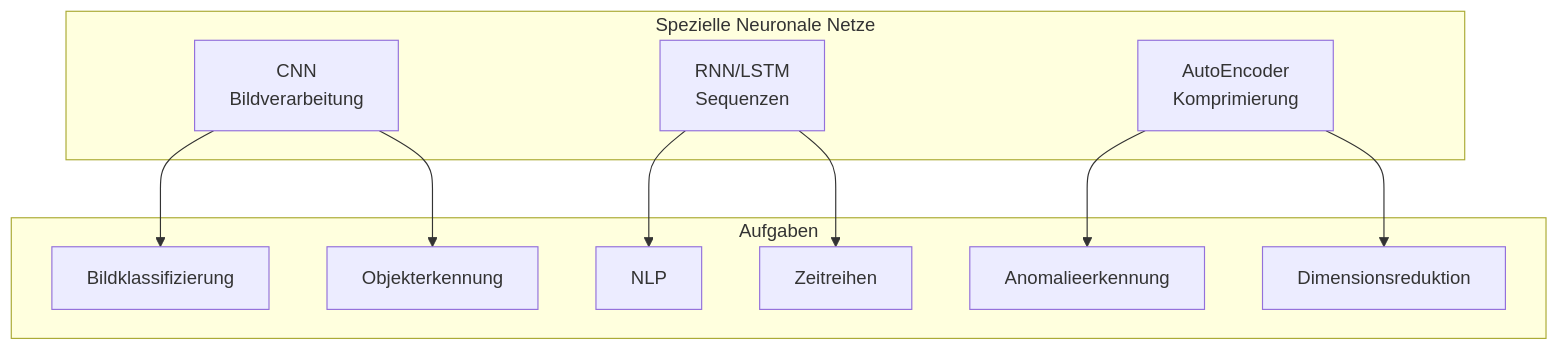
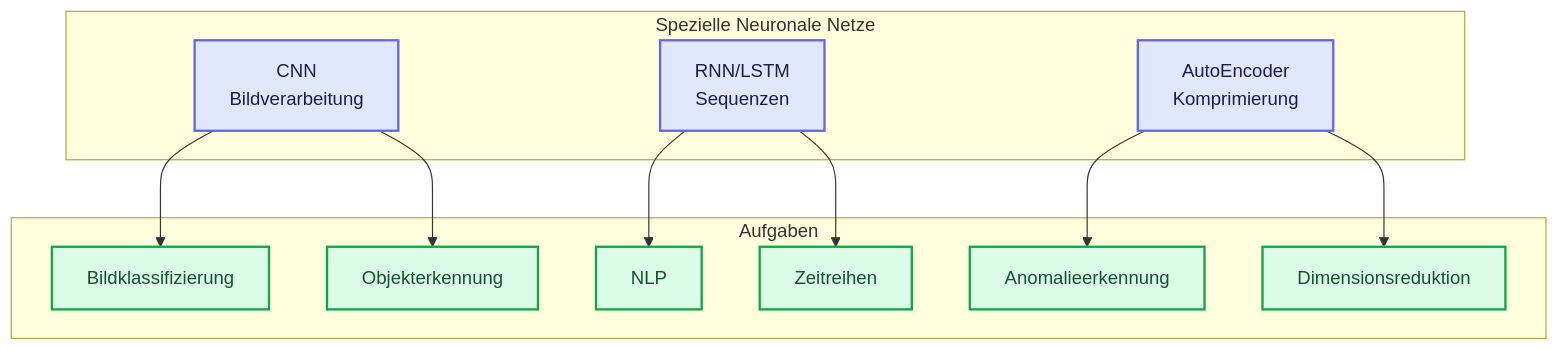
Before and after one commit to ralf-42/ML_Intro: diagram 12 of 12 in docs/concepts/modeling/spezielle-neuronale-netze.md, drawn with Mermaid. The commit also changed other lines of this file and 49 other files, not shown here.

````diff
--- a/docs/concepts/modeling/spezielle-neuronale-netze.md
+++ b/docs/concepts/modeling/spezielle-neuronale-netze.md
@@ -580,24 +642,31 @@
 ```mermaid
 flowchart TD
     subgraph SNN["Spezielle Neuronale Netze"]
         CNN["CNN<br/>Bildverarbeitung"]
         RNN["RNN/LSTM<br/>Sequenzen"]
         AE["AutoEncoder<br/>Komprimierung"]
     end
     
     subgraph Tasks["Aufgaben"]
         T1["Bildklassifizierung"]
         T2["Objekterkennung"]
         T3["NLP"]
         T4["Zeitreihen"]
         T5["Anomalieerkennung"]
         T6["Dimensionsreduktion"]
     end
     
     CNN --> T1
     CNN --> T2
     RNN --> T3
     RNN --> T4
     AE --> T5
     AE --> T6
+
+    classDef default fill:#e0f2fe,stroke:#0284c7,stroke-width:2px,color:#0c4a6e;
+    classDef input fill:#e0e7ff,stroke:#6366f1,stroke-width:2px,color:#1e1b4b;
+    classDef output fill:#dcfce7,stroke:#16a34a,stroke-width:2px,color:#14532d;
+
+    class CNN,RNN,AE input;
+    class T1,T2,T3,T4,T5,T6 output;
 ```
````
